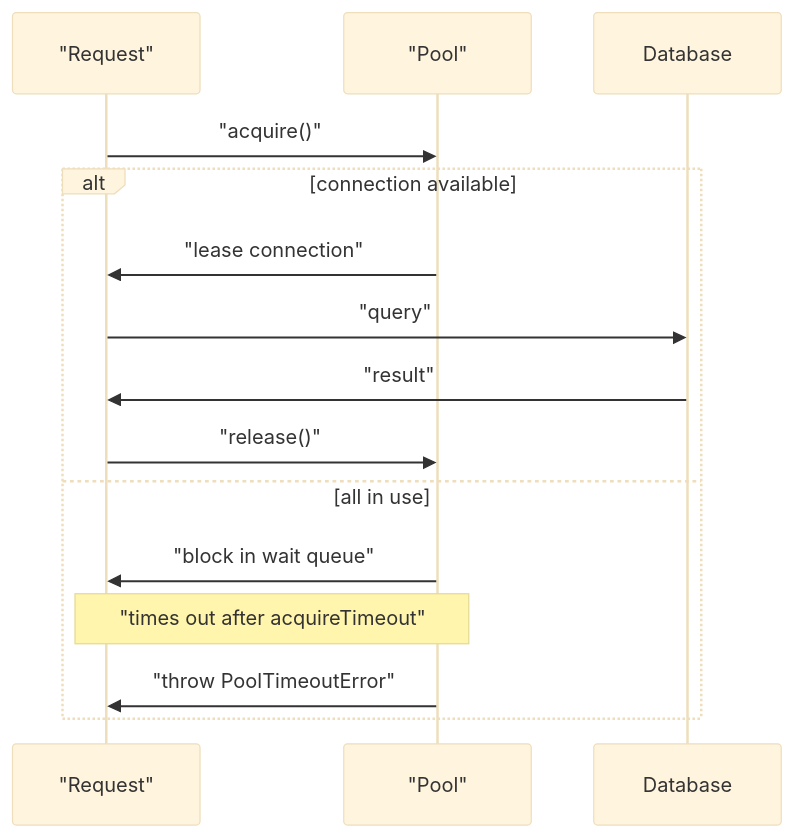
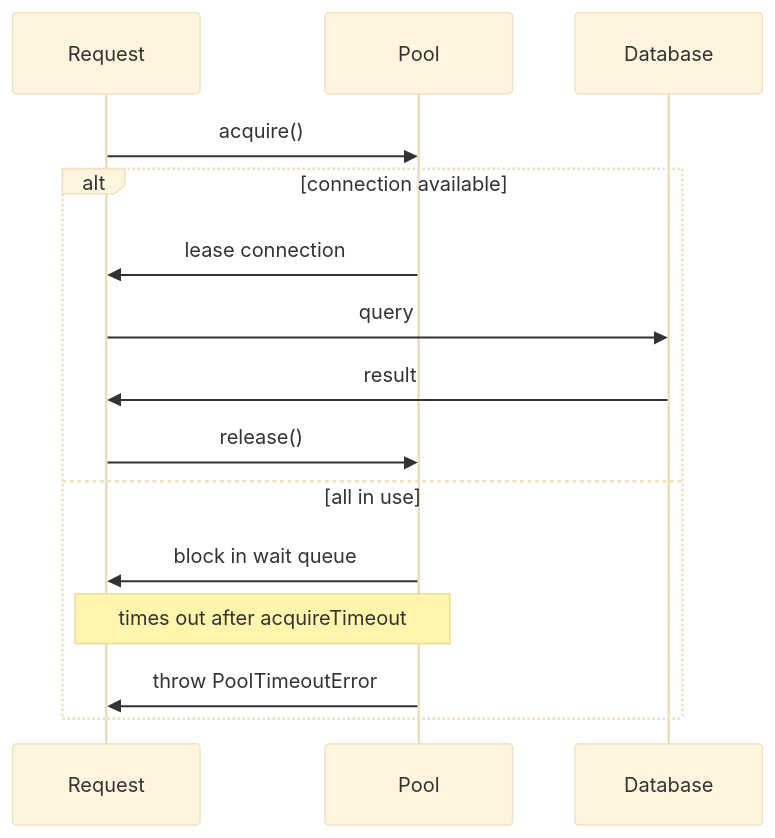
Before and after one commit to vabs/vabs.github.io: the first of 2 diagrams in content/post/connection-pooling-pitfalls.md, drawn with Mermaid (base theme). The commit also changed other lines of this file and 87 other files, not shown here.

First line of the commit message:
Fix: Readable mermaid diagrams and fact-check blog posts

```diff
--- a/content/post/connection-pooling-pitfalls.md
+++ b/content/post/connection-pooling-pitfalls.md
@@ -23,17 +23,17 @@
 {{< mermaid >}}
 sequenceDiagram
-    participant R as "Request"
-    participant P as "Pool"
+    participant R as Request
+    participant P as Pool
     participant DB as Database
-    R->>P: "acquire()"
+    R->>P: acquire()
     alt connection available
-        P->>R: "lease connection"
-        R->>DB: "query"
-        DB->>R: "result"
-        R->>P: "release()"
+        P->>R: lease connection
+        R->>DB: query
+        DB->>R: result
+        R->>P: release()
     else all in use
-        P->>R: "block in wait queue"
-        Note over P,R: "times out after acquireTimeout"
-        P->>R: "throw PoolTimeoutError"
+        P->>R: block in wait queue
+        Note over P,R: times out after acquireTimeout
+        P->>R: throw PoolTimeoutError
     end
 {{< /mermaid >}}
```
